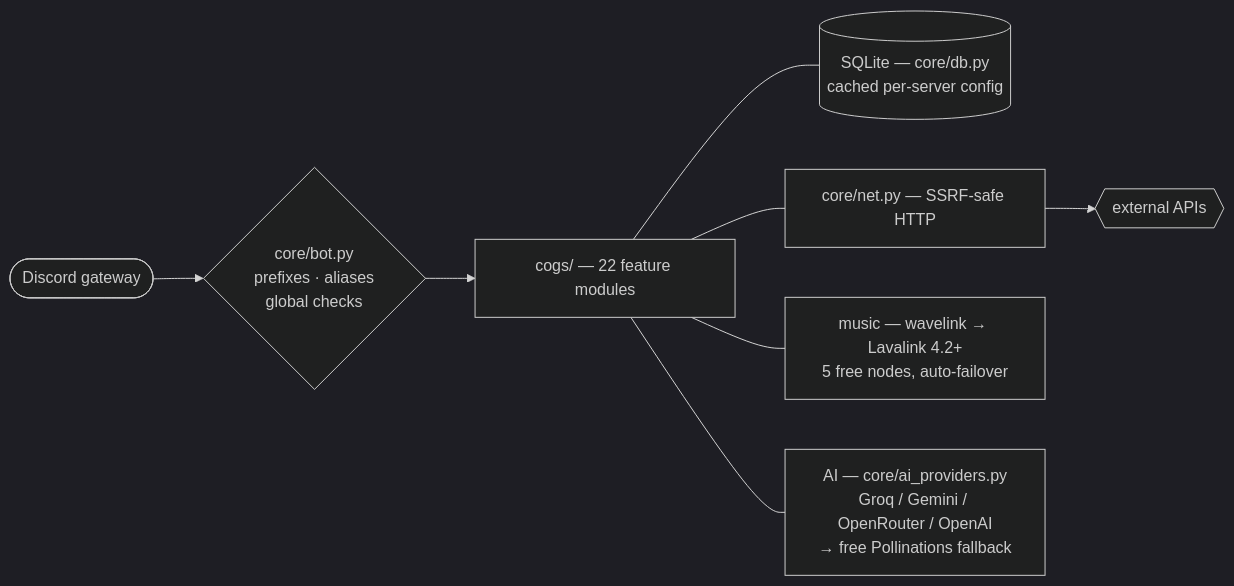
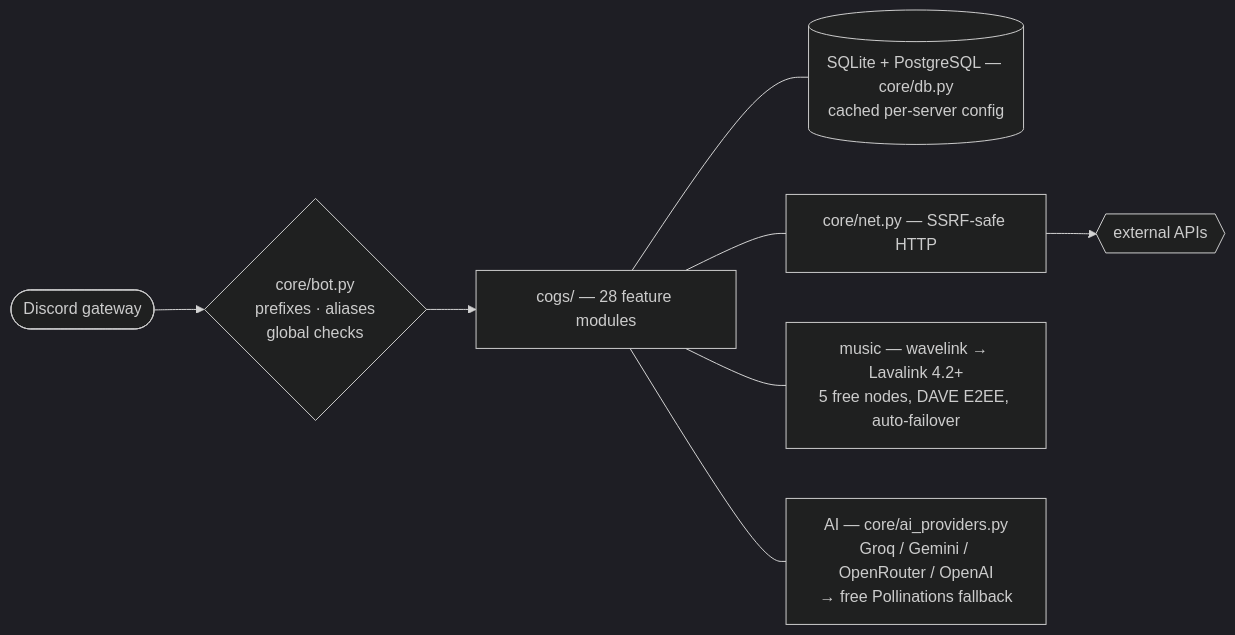
The diagram in README.md (aidendixon602-png/veil-utilities), drawn with Mermaid before and after one commit. The commit also changed other lines of this file, not shown here.

Commit message:
docs(readme): clean up duplicate header banner, update badges to 463 commands and 28 modules, and refresh developer tools documentation

````diff
--- a/README.md
+++ b/README.md
@@ -170,10 +149,10 @@
 ```mermaid
 %%{init: {'theme': 'dark'}}%%
 flowchart LR
     A([Discord gateway]) --> B{core/bot.py<br>prefixes · aliases<br>global checks}
-    B --> C["cogs/ — 22 feature modules"]
-    C --- D[("SQLite — core/db.py<br>cached per-server config")]
+    B --> C["cogs/ — 28 feature modules"]
+    C --- D[("SQLite + PostgreSQL — core/db.py<br>cached per-server config")]
     C --- E["core/net.py — SSRF-safe HTTP"] --> F{{external APIs}}
-    C --- G["music — wavelink → Lavalink 4.2+<br>5 free nodes, auto-failover"]
+    C --- G["music — wavelink → Lavalink 4.2+<br>5 free nodes, DAVE E2EE, auto-failover"]
     C --- H["AI — core/ai_providers.py<br>Groq / Gemini / OpenRouter / OpenAI<br>→ free Pollinations fallback"]
 ```
````
